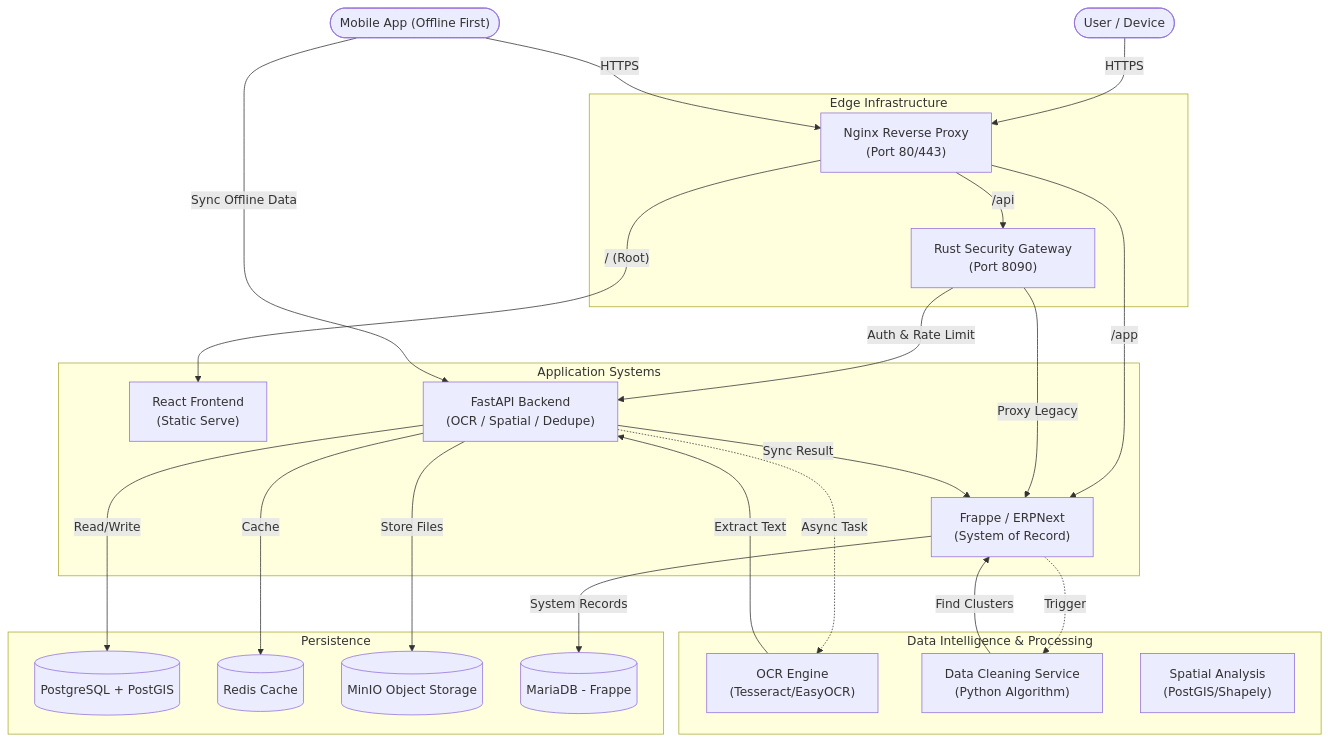
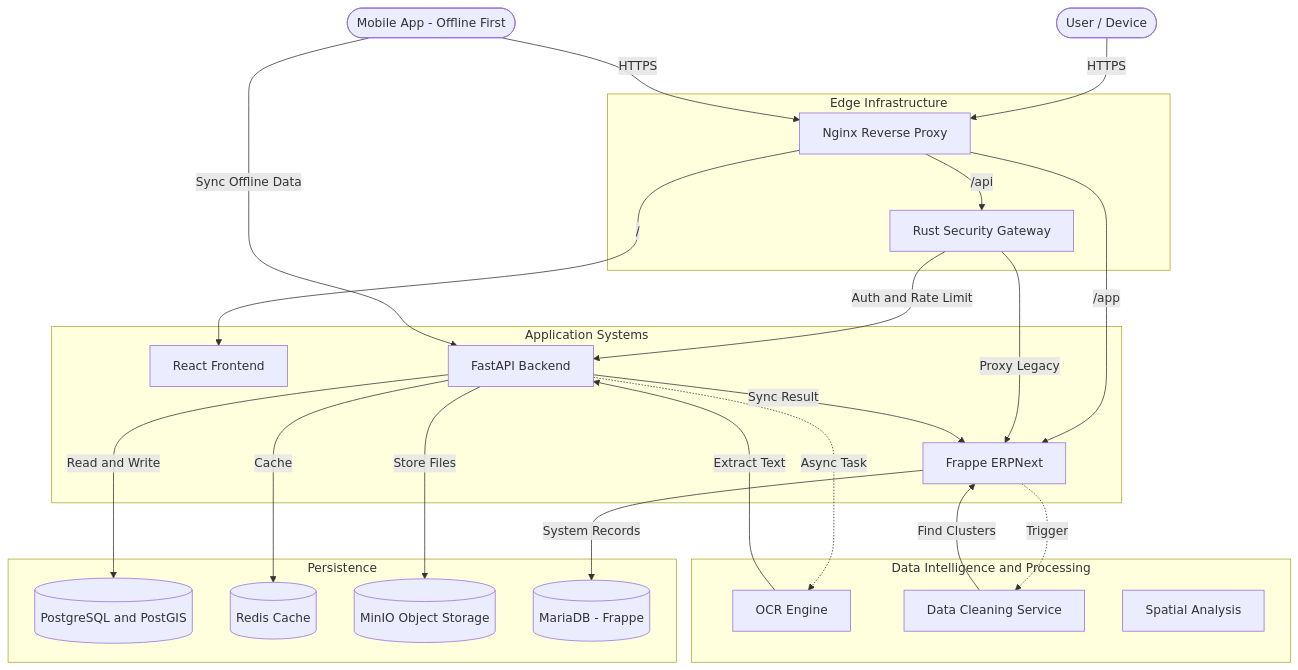
One commit to internetartsy/JK changed the first of 2 diagrams in documentation/native.md. Above: the diagram before and after it, drawn with Mermaid. The commit also changed other lines of this file and 37 other files, not shown here.

````diff
--- a/documentation/native.md
+++ b/documentation/native.md
@@ -4,61 +4,61 @@
 ```mermaid
 flowchart TD
     %% -- User Layer --
     User(["User / Device"])
-    Mobile(["Mobile App (Offline First)"])
+    Mobile(["Mobile App - Offline First"])
     
     %% -- Edge Layer --
     subgraph Edge_Infrastructure [Edge Infrastructure]
-        Nginx["Nginx Reverse Proxy\n(Port 80/443)"]
-        Gateway["Rust Security Gateway\n(Port 8090)"]
+        Nginx["Nginx Reverse Proxy"]
+        Gateway["Rust Security Gateway"]
     end
 
     %% -- Application Layer --
     subgraph App_Layer [Application Systems]
-        Frontend["React Frontend\n(Static Serve)"]
-        Backend["FastAPI Backend\n(OCR / Spatial / Dedupe)"]
-        Frappe["Frappe / ERPNext\n(System of Record)"]
+        Frontend["React Frontend"]
+        Backend["FastAPI Backend"]
+        Frappe["Frappe ERPNext"]
     end
 
     %% -- Data Intelligence Layer --
-    subgraph Intelligence [Data Intelligence & Processing]
-        OCR_Worker["OCR Engine\n(Tesseract/EasyOCR)"]
-        Dedupe["Data Cleaning Service\n(Python Algorithm)"]
-        Geo_Engine["Spatial Analysis\n(PostGIS/Shapely)"]
+    subgraph Intelligence [Data Intelligence and Processing]
+        OCR_Worker["OCR Engine"]
+        Dedupe["Data Cleaning Service"]
+        Geo_Engine["Spatial Analysis"]
     end
 
     %% -- Persistence Layer --
     subgraph Data_Layer [Persistence]
-        PSQL[("PostgreSQL + PostGIS")]
+        PSQL[("PostgreSQL and PostGIS")]
         Redis[("Redis Cache")]
         MinIO[("MinIO Object Storage")]
         MariaDB[("MariaDB - Frappe")]
     end
 
     %% -- Flows --
     User -->|"HTTPS"| Nginx
     Mobile -->|"HTTPS"| Nginx
 
-    Nginx -->|"/ (Root)"| Frontend
+    Nginx -->|"/"| Frontend
     Nginx -->|"/api"| Gateway
     Nginx -->|"/app"| Frappe
 
-    Gateway -->|"Auth & Rate Limit"| Backend
+    Gateway -->|"Auth and Rate Limit"| Backend
     Gateway -->|"Proxy Legacy"| Frappe
     
-    Backend -->|"Read/Write"| PSQL
+    Backend -->|"Read and Write"| PSQL
     Backend -->|"Cache"| Redis
     Backend -->|"Store Files"| MinIO
     
     Frappe -->|"System Records"| MariaDB
     
     %% -- Logic Flows --
     Backend -.->|"Async Task"| OCR_Worker
     OCR_Worker -->|"Extract Text"| Backend
     Backend -->|"Sync Result"| Frappe
     
     Frappe -.->|"Trigger"| Dedupe
     Dedupe -->|"Find Clusters"| Frappe
     
     Mobile -->|"Sync Offline Data"| Backend
 ```
````
